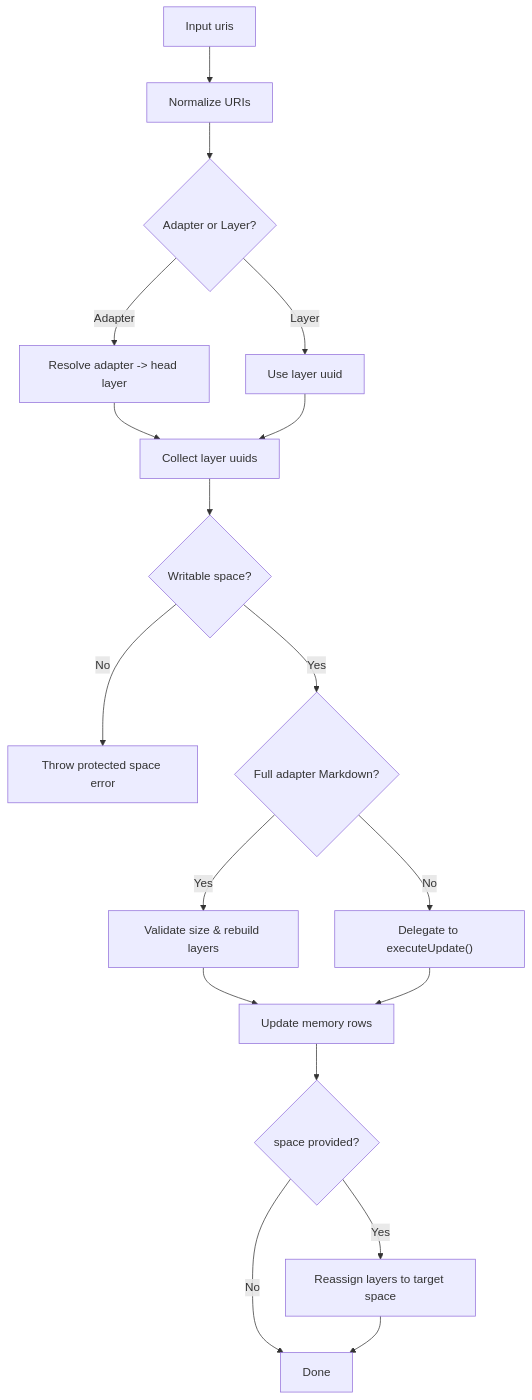
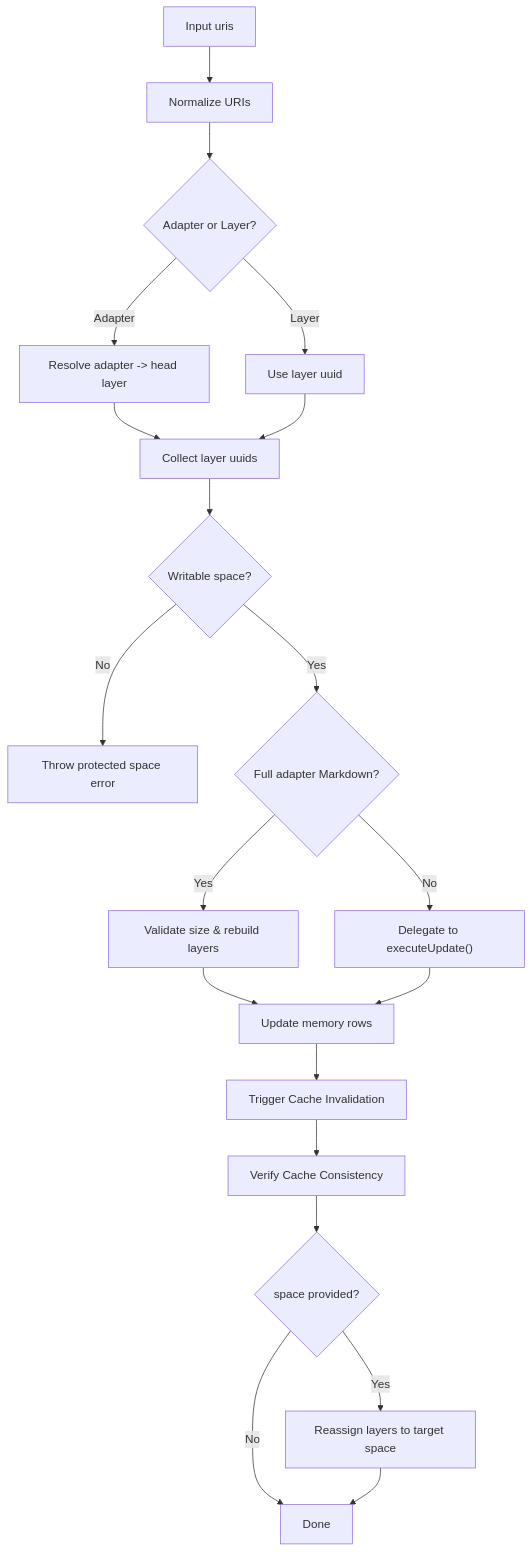
One commit to debian777/kairos-mcp changed the fifth of 8 diagrams in .qoder/repowiki/en/content/MCP Protocol Tools/Tune Tool.md. Above: the diagram before and after it, drawn with Mermaid. The commit also changed other lines of this file and 16 other files, not shown here.

````diff
--- a/.qoder/repowiki/en/content/MCP Protocol Tools/Tune Tool.md
+++ b/.qoder/repowiki/en/content/MCP Protocol Tools/Tune Tool.md
@@ -213,20 +256,22 @@
 ```mermaid
 flowchart TD
 A["Input uris"] --> B["Normalize URIs"]
 B --> C{"Adapter or Layer?"}
 C --> |Adapter| D["Resolve adapter -> head layer"]
 C --> |Layer| E["Use layer uuid"]
 D --> F["Collect layer uuids"]
 E --> F
 F --> G{"Writable space?"}
 G --> |No| H["Throw protected space error"]
 G --> |Yes| I{"Full adapter Markdown?"}
 I --> |Yes| J["Validate size & rebuild layers"]
 I --> |No| K["Delegate to executeUpdate()"]
 J --> L["Update memory rows"]
 K --> L
-L --> M{"space provided?"}
-M --> |Yes| N["Reassign layers to target space"]
-M --> |No| O["Done"]
-N --> O
+L --> M["Trigger Cache Invalidation"]
+M --> N["Verify Cache Consistency"]
+N --> O{"space provided?"}
+O --> |Yes| P["Reassign layers to target space"]
+O --> |No| Q["Done"]
+P --> Q
 ```
````
